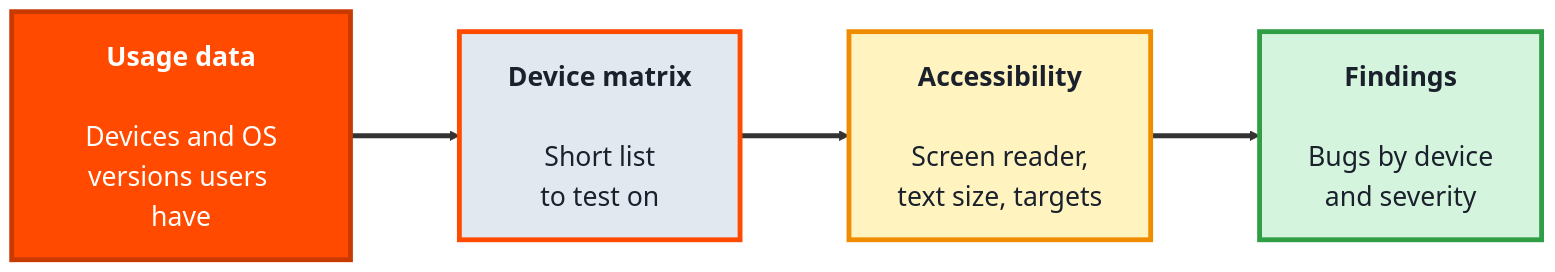
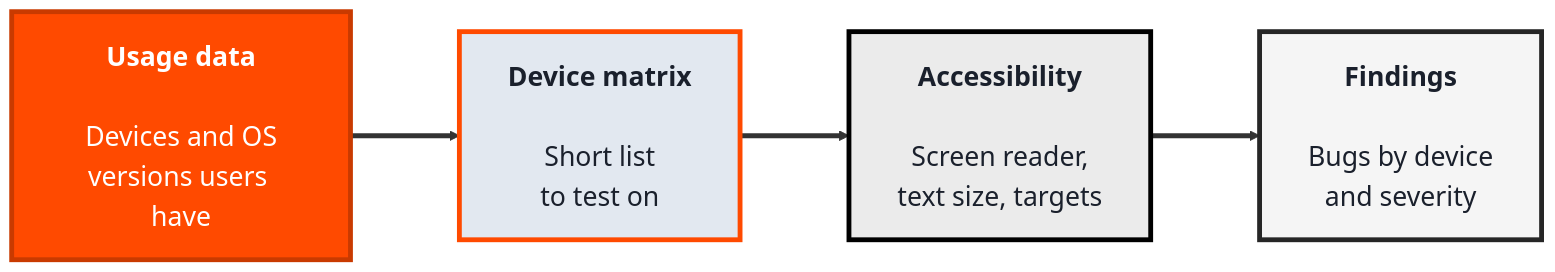
Before and after one commit to SHEMODELTECH/shemodeltech: the third of 3 diagrams in src/Pages/courses/TechQA/module-6-mobile-testing.md, drawn with Mermaid. The commit also changed other lines of this file and 46 other files, not shown here.

````diff
--- a/src/Pages/courses/TechQA/module-6-mobile-testing.md
+++ b/src/Pages/courses/TechQA/module-6-mobile-testing.md
@@ -155,16 +155,16 @@
 ```mermaid
 %%{init: {'theme':'base', 'themeVariables': {'fontSize':'22px', 'primaryTextColor':'#1a202c', 'primaryBorderColor':'#c93a00', 'lineColor':'#333333'}, 'flowchart': {'nodeSpacing': 70, 'rankSpacing': 90, 'padding': 20}}}%%
 flowchart LR
     DATA["<b>Usage data</b><br/><br/>Devices and OS<br/>versions users have"]
     MAT["<b>Device matrix</b><br/><br/>Short list<br/>to test on"]
     ACC["<b>Accessibility</b><br/><br/>Screen reader,<br/>text size, targets"]
     BUG["<b>Findings</b><br/><br/>Bugs by device<br/>and severity"]
 
     DATA ==> MAT ==> ACC ==> BUG
 
     style DATA fill:#ff4a00,color:#fff,stroke:#c93a00,stroke-width:4px
     style MAT fill:#e2e8f0,color:#1a202c,stroke:#ff4a00,stroke-width:4px
-    style ACC fill:#fff3bf,color:#1a202c,stroke:#f08c00,stroke-width:4px
-    style BUG fill:#d4f4dd,color:#1a202c,stroke:#2f9e44,stroke-width:4px
+    style ACC fill:#EBEBEB,color:#1a202c,stroke:#000000,stroke-width:4px
+    style BUG fill:#F5F5F5,color:#1a202c,stroke:#262626,stroke-width:4px
     linkStyle default stroke-width:4px,stroke:#333333
 ```
````
